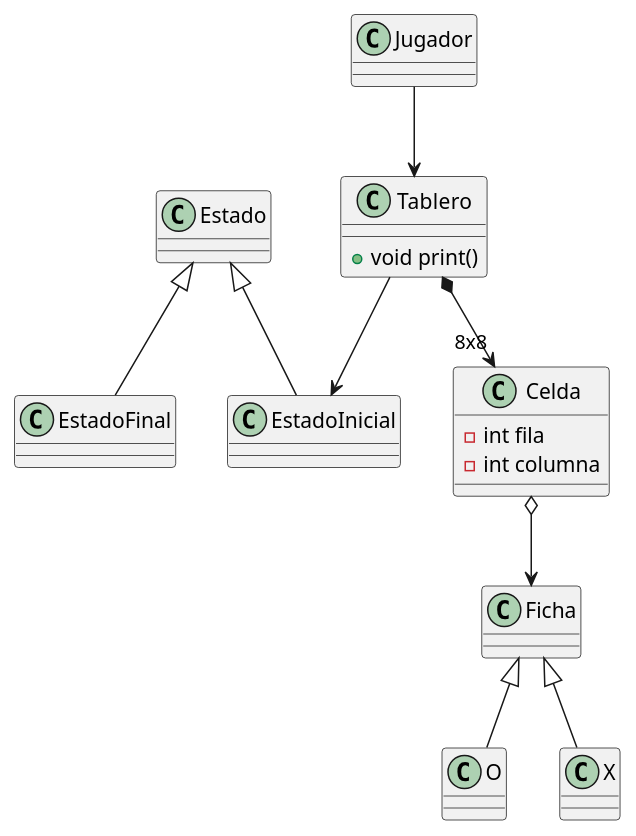
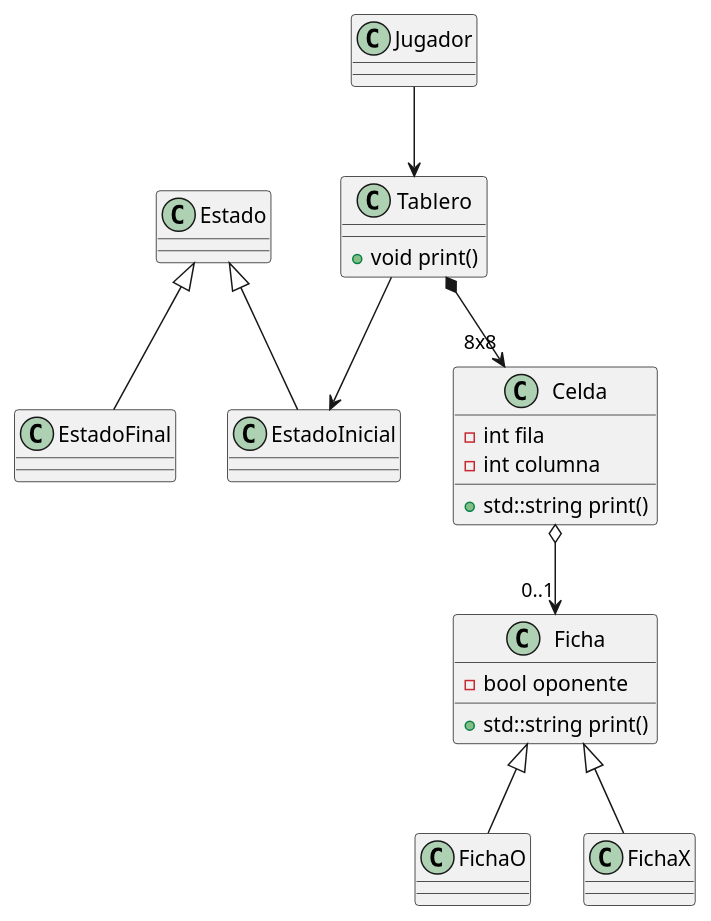
Before and after one commit to joaquinariasgomez/Chess: the diagram in uml/Chess.puml, drawn with PlantUML. The commit also changed 15 other files, not shown here.

```diff
--- a/uml/Chess.puml
+++ b/uml/Chess.puml
@@ -1,23 +1,29 @@
 @startuml
 
 class Tablero {
     +void print()
 }
 
 class Celda {
+    +std::string print()
     -int fila
     -int columna
+}
+
+class Ficha {
+    +std::string print()
+    -bool oponente
 }
 
 Jugador --> Tablero
 
 Tablero *--> "8x8" Celda
-Celda o--> Ficha
-Ficha <|-- O
-Ficha <|-- X
+Celda o--> "0..1" Ficha
+Ficha <|-- FichaO
+Ficha <|-- FichaX
 
 Tablero --> EstadoInicial
 Estado <|-- EstadoInicial
 Estado <|-- EstadoFinal
 
 @enduml
```
